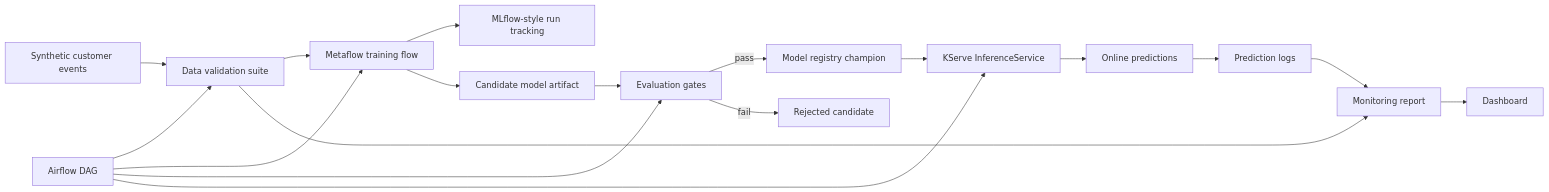
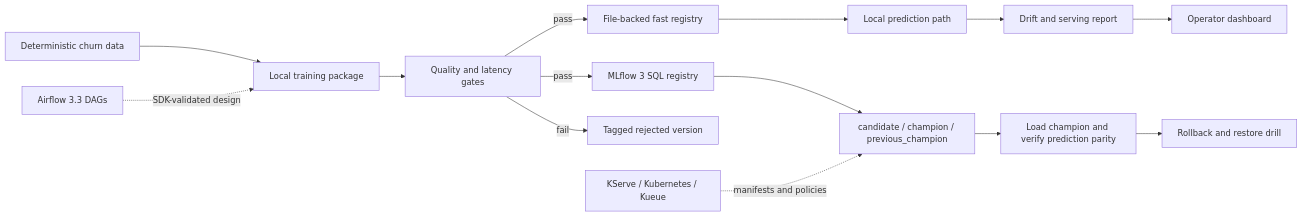
Before and after one commit to kevinmeix1/advanced-kubernetes-mlops-platform: the diagram in README.md, drawn with Mermaid. The commit also changed other lines of this file and 25 other files, not shown here.

Commit message:
Add executable MLflow registry contract

````diff
--- a/README.md
+++ b/README.md
@@ -29,20 +34,16 @@
 ```mermaid
 flowchart LR
-    A["Synthetic customer events"] --> B["Data validation suite"]
-    B --> C["Metaflow training flow"]
-    C --> D["MLflow-style run tracking"]
-    C --> E["Candidate model artifact"]
-    E --> F["Evaluation gates"]
-    F -->|pass| G["Model registry champion"]
-    F -->|fail| H["Rejected candidate"]
-    G --> I["KServe InferenceService"]
-    I --> J["Online predictions"]
-    J --> K["Prediction logs"]
-    K --> L["Monitoring report"]
-    B --> L
-    L --> M["Dashboard"]
-    N["Airflow DAG"] --> B
-    N --> C
-    N --> F
-    N --> I
+  DATA["Deterministic churn data"] --> TRAIN["Local training package"]
+  TRAIN --> GATES["Quality and latency gates"]
+  GATES -->|pass| LOCAL["File-backed fast registry"]
+  GATES -->|pass| MLFLOW["MLflow 3 SQL registry"]
+  GATES -->|fail| REJECTED["Tagged rejected version"]
+  MLFLOW --> ALIASES["candidate / champion / previous_champion"]
+  ALIASES --> LOAD["Load champion and verify prediction parity"]
+  LOAD --> ROLLBACK["Rollback and restore drill"]
+  LOCAL --> PREDICT["Local prediction path"]
+  PREDICT --> MONITOR["Drift and serving report"]
+  MONITOR --> DASHBOARD["Operator dashboard"]
+  AIRFLOW["Airflow 3.3 DAGs"] -. "SDK-validated design" .-> TRAIN
+  KSERVE["KServe / Kubernetes / Kueue"] -. "manifests and policies" .-> ALIASES
 ```
````
